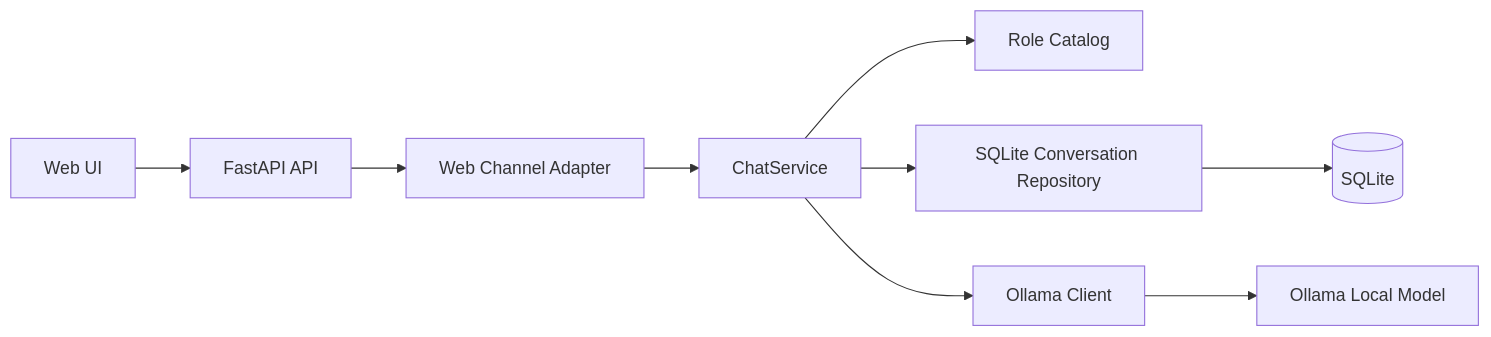
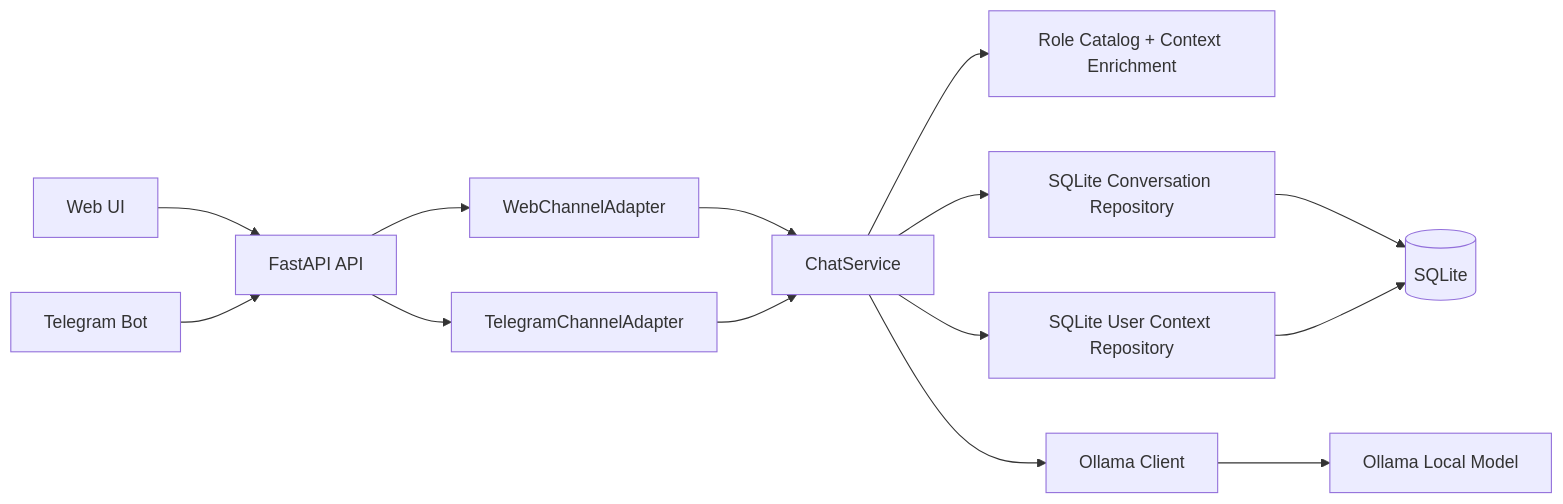
The first of 3 diagrams in README.md (DanielReyes03/inteligency-chat), drawn with Mermaid before and after one commit. The commit also changed other lines of this file and 23 other files, not shown here.

First line of the commit message:
feat: Add Telegram bot integration with FastAPI

````diff
--- a/README.md
+++ b/README.md
@@ -89,11 +94,20 @@
 ```mermaid
 flowchart LR
-    UI[Web UI] --> API[FastAPI API]
-    API --> ADAPTER[Web Channel Adapter]
-    ADAPTER --> SERVICE[ChatService]
-    SERVICE --> ROLES[Role Catalog]
+    WEB[Web UI] --> API[FastAPI API]
+    BOT[Telegram Bot] --> API
+
+    API --> WA[WebChannelAdapter]
+    API --> TA[TelegramChannelAdapter]
+
+    WA --> SERVICE[ChatService]
+    TA --> SERVICE
+
+    SERVICE --> ROLES[Role Catalog + Context Enrichment]
     SERVICE --> REPO[SQLite Conversation Repository]
+    SERVICE --> CTX[SQLite User Context Repository]
     SERVICE --> LLM[Ollama Client]
+
     REPO --> DB[(SQLite)]
+    CTX --> DB
     LLM --> OLLAMA[Ollama Local Model]
 ```
````
